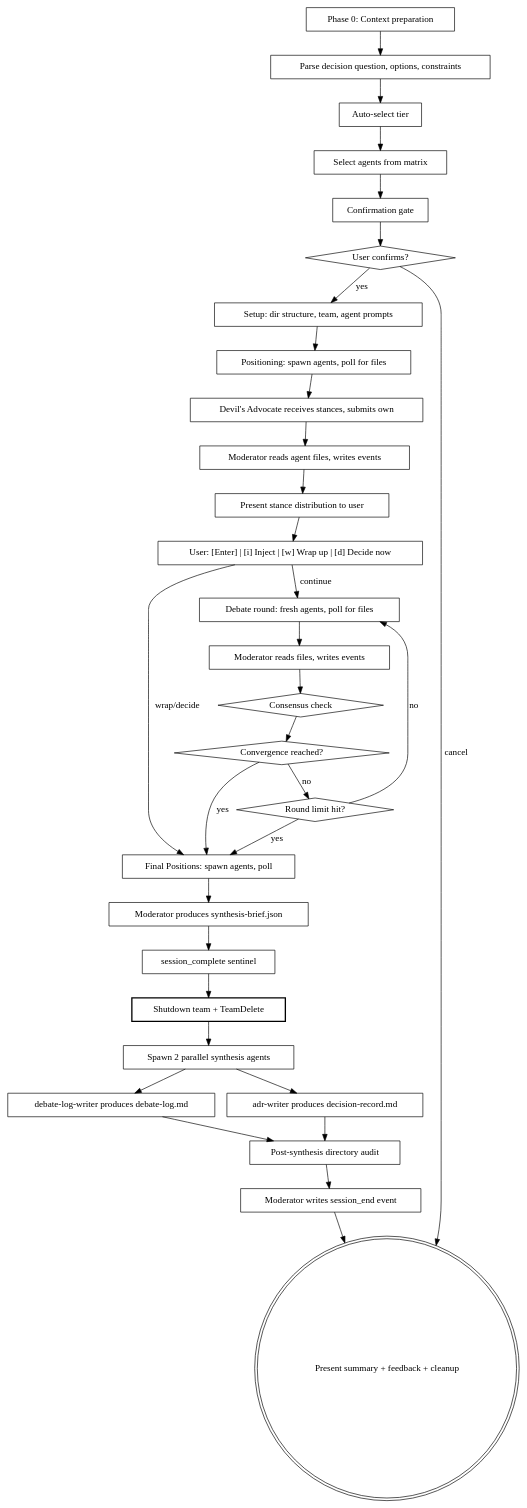
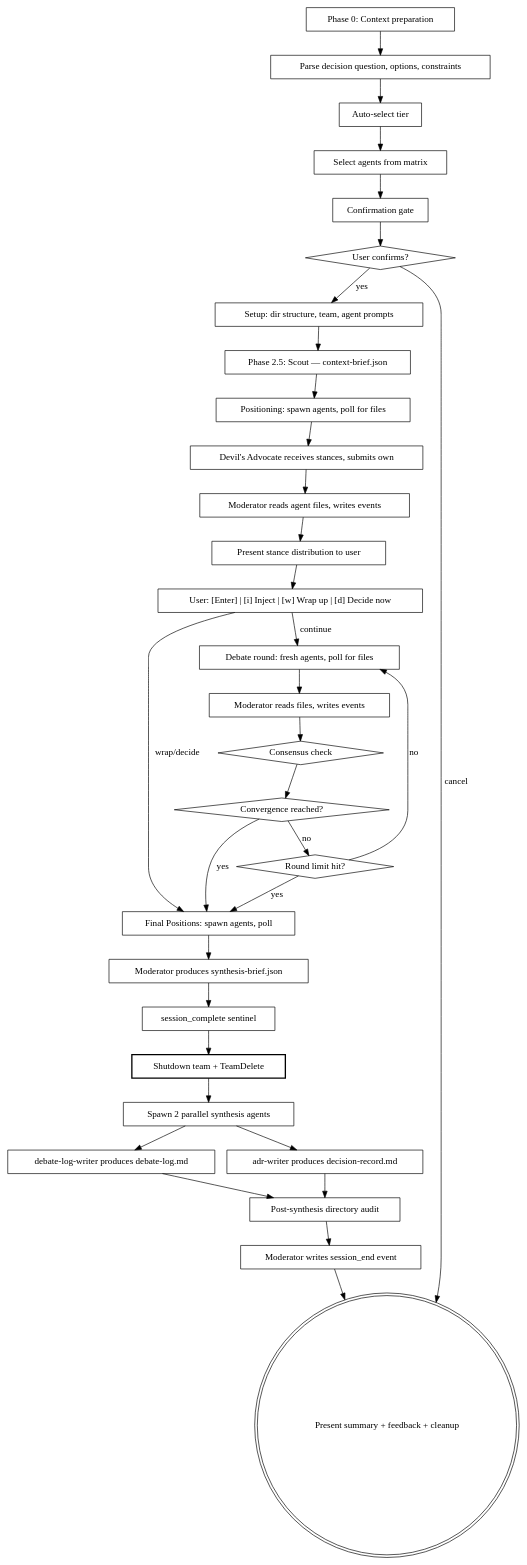
The diagram in decision-board/SKILL.md (dnhess/spectra), drawn with Graphviz before and after one commit. The commit also changed other lines of this file and 34 other files, not shown here.

First line of the commit message:
feat: peer-review rename, shared Scout agent, and json-write.sh adoption (#21)

````diff
--- a/decision-board/SKILL.md
+++ b/decision-board/SKILL.md
@@ -60,64 +60,66 @@
 ```dot
 digraph decision_board {
     rankdir=TB;
     "Phase 0: Context preparation" [shape=box];
     "Parse decision question, options, constraints" [shape=box];
     "Auto-select tier" [shape=box];
     "Select agents from matrix" [shape=box];
     "Confirmation gate" [shape=box];
     "User confirms?" [shape=diamond];
     "Setup: dir structure, team, agent prompts" [shape=box];
     "Positioning: spawn agents, poll for files" [shape=box];
     "Devil's Advocate receives stances, submits own" [shape=box];
     "Moderator reads agent files, writes events" [shape=box];
     "Present stance distribution to user" [shape=box];
     "User: [Enter] | [i] Inject | [w] Wrap up | [d] Decide now" [shape=box];
     "Debate round: fresh agents, poll for files" [shape=box];
     "Moderator reads files, writes events" [shape=box];
     "Consensus check" [shape=diamond];
     "Convergence reached?" [shape=diamond];
     "Round limit hit?" [shape=diamond];
     "Final Positions: spawn agents, poll" [shape=box];
     "Moderator produces synthesis-brief.json" [shape=box];
     "session_complete sentinel" [shape=box];
     "Shutdown team + TeamDelete" [shape=box, style=bold];
     "Spawn 2 parallel synthesis agents" [shape=box];
     "adr-writer produces decision-record.md" [shape=box];
     "debate-log-writer produces debate-log.md" [shape=box];
     "Post-synthesis directory audit" [shape=box];
     "Moderator writes session_end event" [shape=box];
     "Present summary + feedback + cleanup" [shape=doublecircle];
 
     "Phase 0: Context preparation" -> "Parse decision question, options, constraints";
     "Parse decision question, options, constraints" -> "Auto-select tier";
     "Auto-select tier" -> "Select agents from matrix";
     "Select agents from matrix" -> "Confirmation gate";
     "Confirmation gate" -> "User confirms?";
     "User confirms?" -> "Setup: dir structure, team, agent prompts" [label="yes"];
     "User confirms?" -> "Present summary + feedback + cleanup" [label="cancel"];
-    "Setup: dir structure, team, agent prompts" -> "Positioning: spawn agents, poll for files";
+    "Phase 2.5: Scout — context-brief.json" [shape=box];
+    "Setup: dir structure, team, agent prompts" -> "Phase 2.5: Scout — context-brief.json";
+    "Phase 2.5: Scout — context-brief.json" -> "Positioning: spawn agents, poll for files";
     "Positioning: spawn agents, poll for files" -> "Devil's Advocate receives stances, submits own";
     "Devil's Advocate receives stances, submits own" -> "Moderator reads agent files, writes events";
     "Moderator reads agent files, writes events" -> "Present stance distribution to user";
     "Present stance distribution to user" -> "User: [Enter] | [i] Inject | [w] Wrap up | [d] Decide now";
     "User: [Enter] | [i] Inject | [w] Wrap up | [d] Decide now" -> "Debate round: fresh agents, poll for files" [label="continue"];
     "User: [Enter] | [i] Inject | [w] Wrap up | [d] Decide now" -> "Final Positions: spawn agents, poll" [label="wrap/decide"];
     "Debate round: fresh agents, poll for files" -> "Moderator reads files, writes events";
     "Moderator reads files, writes events" -> "Consensus check";
     "Consensus check" -> "Convergence reached?";
     "Convergence reached?" -> "Final Positions: spawn agents, poll" [label="yes"];
     "Convergence reached?" -> "Round limit hit?" [label="no"];
     "Round limit hit?" -> "Final Positions: spawn agents, poll" [label="yes"];
     "Round limit hit?" -> "Debate round: fresh agents, poll for files" [label="no"];
     "Final Positions: spawn agents, poll" -> "Moderator produces synthesis-brief.json";
     "Moderator produces synthesis-brief.json" -> "session_complete sentinel";
     "session_complete sentinel" -> "Shutdown team + TeamDelete";
     "Shutdown team + TeamDelete" -> "Spawn 2 parallel synthesis agents";
     "Spawn 2 parallel synthesis agents" -> "adr-writer produces decision-record.md";
     "Spawn 2 parallel synthesis agents" -> "debate-log-writer produces debate-log.md";
     "adr-writer produces decision-record.md" -> "Post-synthesis directory audit";
     "debate-log-writer produces debate-log.md" -> "Post-synthesis directory audit";
     "Post-synthesis directory audit" -> "Moderator writes session_end event";
     "Moderator writes session_end event" -> "Present summary + feedback + cleanup";
 }
 ```
````
